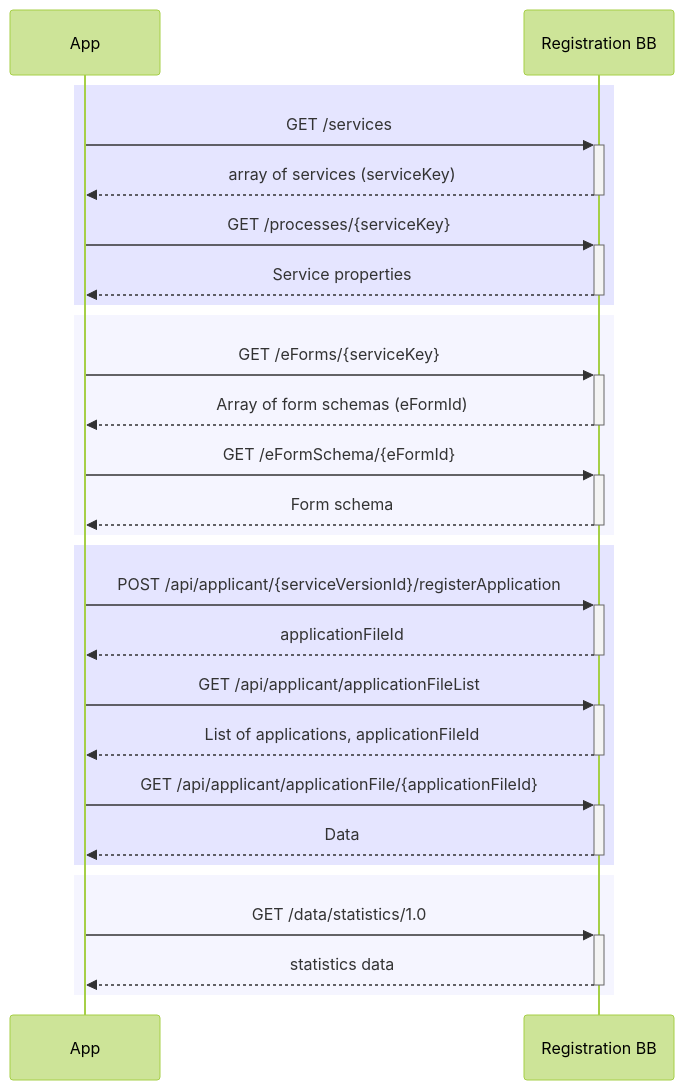
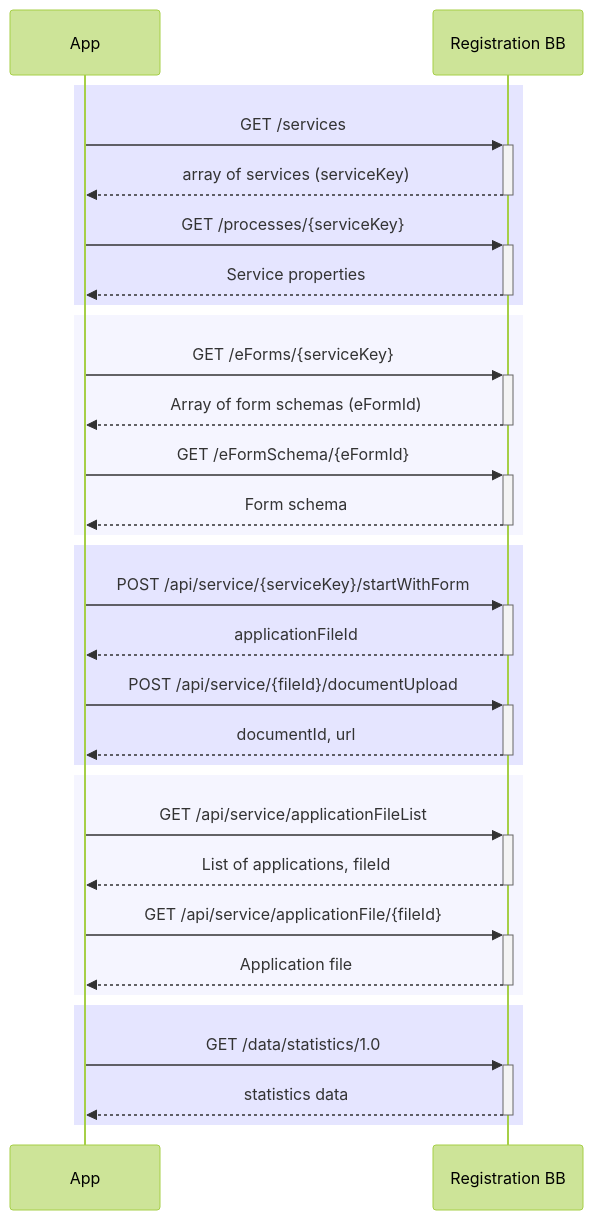
The diagram in api/ApplicantSequenceDiagram.mermaid (GovStackWorkingGroup/bb-registration), drawn with Mermaid (forest theme) before and after one commit.

Commit message:
Update ApplicantSequenceDiagram.mermaid
updates

```diff
--- a/api/ApplicantSequenceDiagram.mermaid
+++ b/api/ApplicantSequenceDiagram.mermaid
@@ -1,34 +1,41 @@
 sequenceDiagram
     rect rgba(0, 0, 255, .1)
 
     App->>+Registration BB: GET /services
     Registration BB-->>-App: array of services (serviceKey)
     
     App->>+Registration BB: GET /processes/{serviceKey}
     Registration BB-->>-App: Service properties
     
     end
     rect rgba(204, 204, 255, .2)
     App->>+Registration BB: GET /eForms/{serviceKey}
     Registration BB-->>-App: Array of form schemas (eFormId)
 
     App->>+Registration BB: GET /eFormSchema/{eFormId}
     Registration BB-->>-App: Form schema 
 
     end
 
     rect rgba(0, 0, 255, .1)
-    App->>+Registration BB: POST /api/applicant/{serviceVersionId}/registerApplication
+    App->>+Registration BB: POST /api/service/{serviceKey}/startWithForm
     Registration BB-->>-App: applicationFileId
+    
+    App->>+Registration BB: POST /api/service/{fileId}/documentUpload
+    Registration BB-->>-App: documentId, url
+    
+    end
 
-    App->>+Registration BB: GET /api/applicant/applicationFileList
-    Registration BB-->>-App: List of applications, applicationFileId
+    rect rgba(204, 204, 255, .2)
 
-    App->>+Registration BB: GET /api/applicant/applicationFile/{applicationFileId}
-    Registration BB-->>-App: Data 
+    App->>+Registration BB: GET /api/service/applicationFileList
+    Registration BB-->>-App: List of applications, fileId
+
+    App->>+Registration BB: GET /api/service/applicationFile/{fileId}
+    Registration BB-->>-App: Application file 
 
     end
-    rect rgba(204, 204, 255, .2)
+    rect rgba(0, 0, 255, .1)
     App->>+Registration BB: GET /data/statistics/1.0
     Registration BB-->>-App: statistics data
     end
```
